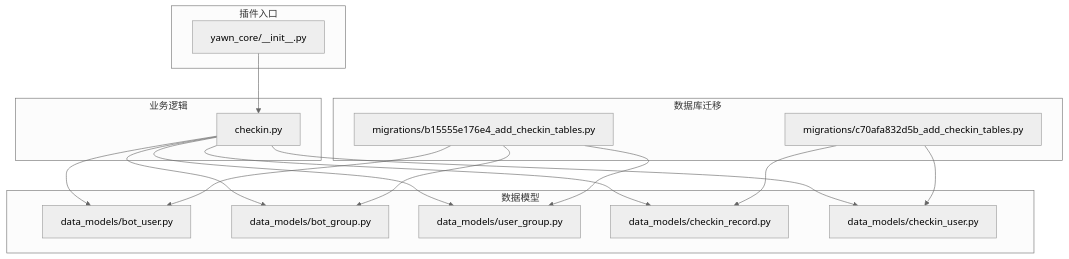
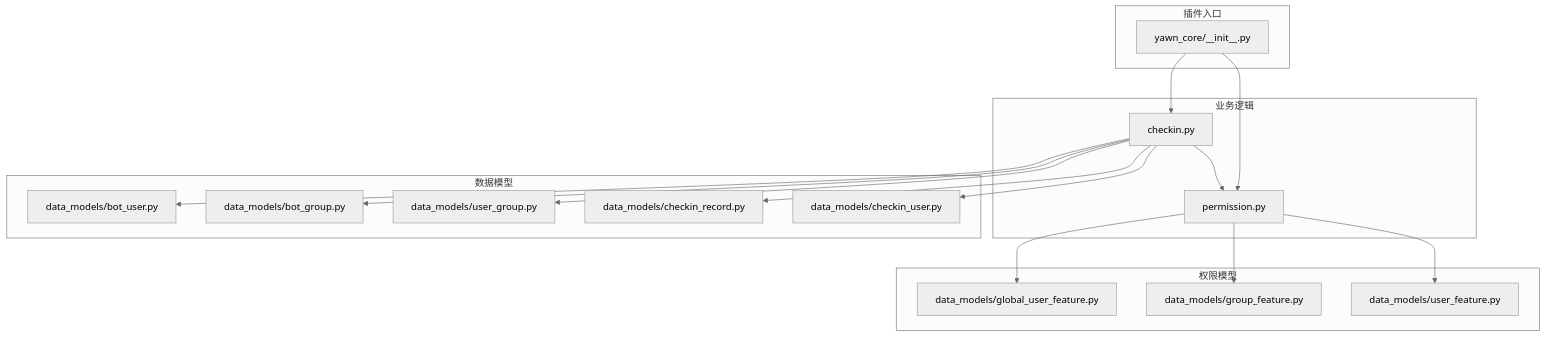
The first of 6 diagrams in .qoder/repowiki/zh/content/核心功能模块/签到系统.md (Wohaokunr/yawn_bot), drawn with Mermaid (neutral theme) before and after one commit. The commit also changed other lines of this file and 10 other files, not shown here.

````diff
--- a/.qoder/repowiki/zh/content/核心功能模块/签到系统.md
+++ b/.qoder/repowiki/zh/content/核心功能模块/签到系统.md
@@ -44,31 +57,33 @@
 ```mermaid
 graph TB
 subgraph "插件入口"
 init["yawn_core/__init__.py"]
 end
 subgraph "业务逻辑"
 checkin_mod["checkin.py"]
+perm_mod["permission.py"]
+end
+subgraph "权限模型"
+global_feat["data_models/global_user_feature.py"]
+group_feat["data_models/group_feature.py"]
+user_feat["data_models/user_feature.py"]
 end
 subgraph "数据模型"
 bot_user["data_models/bot_user.py"]
 bot_group["data_models/bot_group.py"]
 user_group["data_models/user_group.py"]
 checkin_record["data_models/checkin_record.py"]
 checkin_user["data_models/checkin_user.py"]
 end
-subgraph "数据库迁移"
-mig_c70["migrations/c70afa832d5b_add_checkin_tables.py"]
-mig_b15["migrations/b15555e176e4_add_checkin_tables.py"]
-end
 init --> checkin_mod
+init --> perm_mod
+checkin_mod --> perm_mod
+perm_mod --> global_feat
+perm_mod --> group_feat
+perm_mod --> user_feat
 checkin_mod --> bot_user
 checkin_mod --> bot_group
 checkin_mod --> user_group
 checkin_mod --> checkin_record
 checkin_mod --> checkin_user
-mig_c70 --> checkin_record
-mig_c70 --> checkin_user
-mig_b15 --> bot_user
-mig_b15 --> bot_group
-mig_b15 --> user_group
 ```
````
